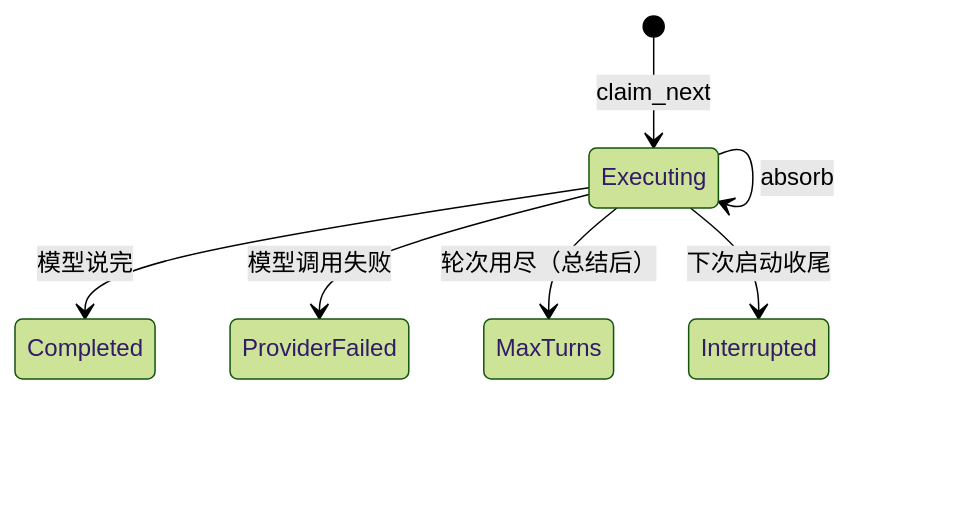
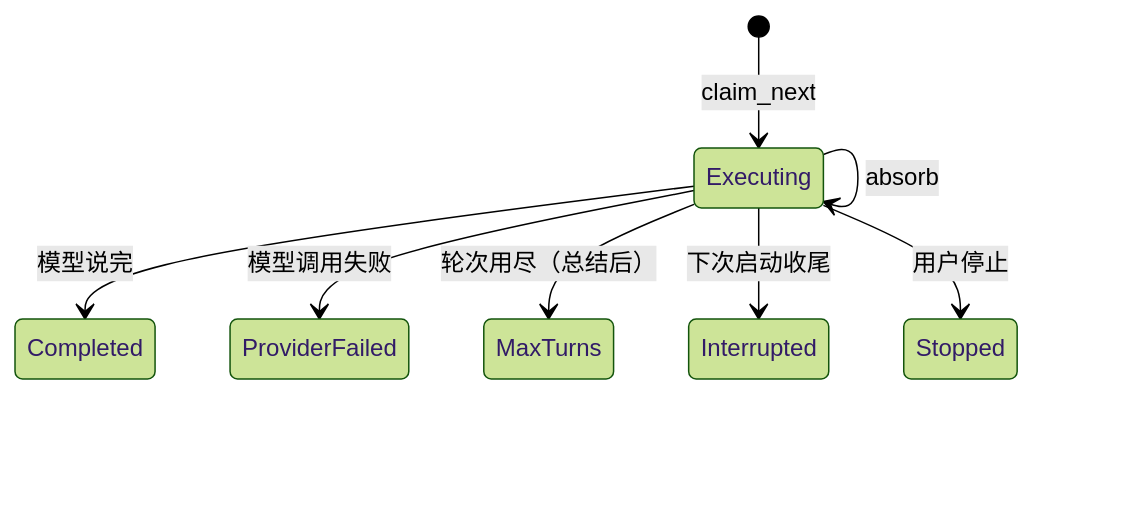
The second of 4 diagrams in docs/blueprints/run-execution.md (micsama/micnext), drawn with Mermaid (forest theme) before and after one commit. The commit also changed other lines of this file and 30 other files, not shown here.

````diff
--- a/docs/blueprints/run-execution.md
+++ b/docs/blueprints/run-execution.md
@@ -211,9 +211,10 @@
 ```mermaid
 stateDiagram-v2
     [*] --> Executing: claim_next
     Executing --> Executing: absorb
     Executing --> Completed: 模型说完
     Executing --> ProviderFailed: 模型调用失败
     Executing --> MaxTurns: 轮次用尽（总结后）
     Executing --> Interrupted: 下次启动收尾
+    Executing --> Stopped: 用户停止
 ```
````
